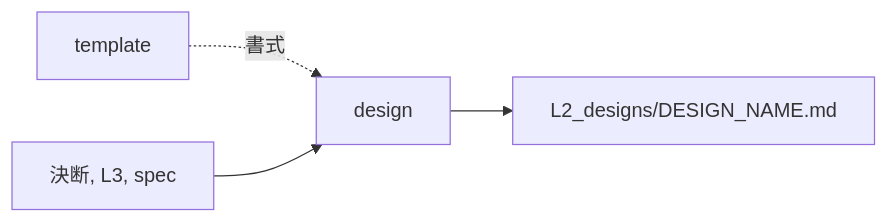
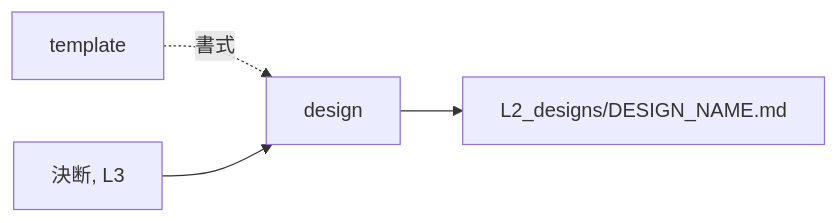
The diagram in docs/archivist/L2_designs/design.md (gameundwatch/archivist), drawn with Mermaid before and after one commit. The commit also changed other lines of this file and 30 other files, not shown here.

````diff
--- a/docs/archivist/L2_designs/design.md
+++ b/docs/archivist/L2_designs/design.md
@@ -22,5 +13,5 @@
 ```mermaid
 flowchart LR
     TP["template"] -.書式.-> S["design"]
-    IN["決断, L3, spec"] --> S --> OUT["L2_designs/DESIGN_NAME.md"]
+    IN["決断, L3"] --> S --> OUT["L2_designs/DESIGN_NAME.md"]
 ```
````
